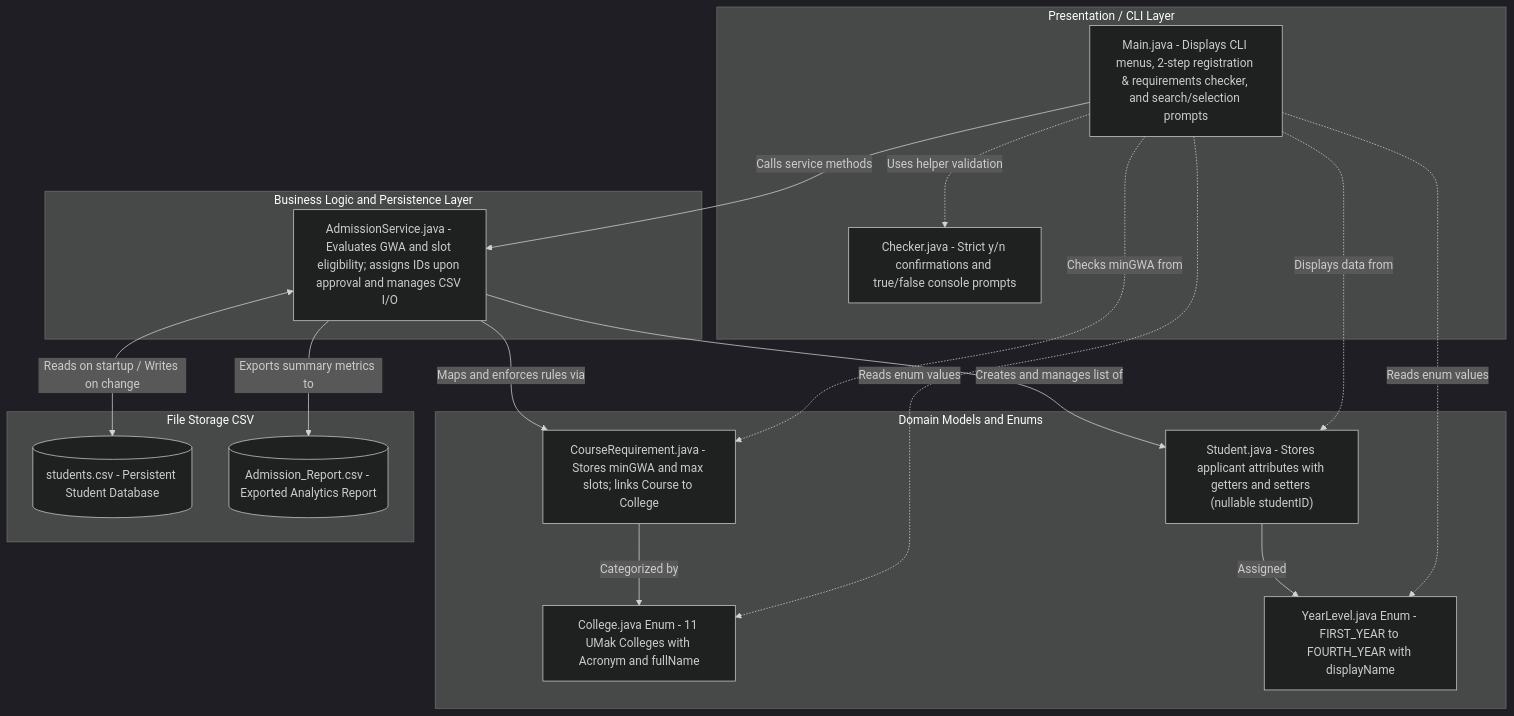
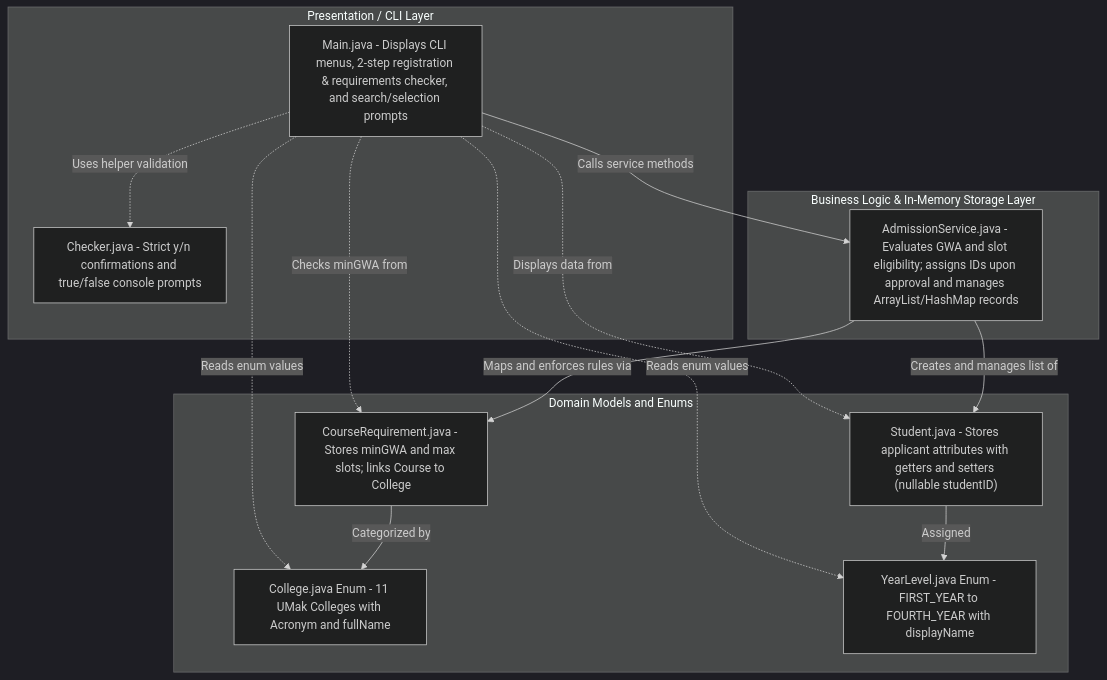
Before and after one commit to NA0r3n/SchoolAdmission-JavaBased-System: the first of 2 diagrams in System Flowcharts and Pseudocode.md, drawn with Mermaid (dark theme). The commit also changed other lines of this file and 5 other files, not shown here.

````diff
--- a/System Flowcharts and Pseudocode.md
+++ b/System Flowcharts and Pseudocode.md
@@ -7,38 +7,30 @@
 ```mermaid
 flowchart TD
     subgraph Presentation_Layer ["Presentation / CLI Layer"]
         MAIN["Main.java - Displays CLI menus, 2-step registration & requirements checker, and search/selection prompts"]
         CHECKER["Checker.java - Strict y/n confirmations and true/false console prompts"]
     end
 
-    subgraph Service_Layer ["Business Logic and Persistence Layer"]
-        SERVICE["AdmissionService.java - Evaluates GWA and slot eligibility; assigns IDs upon approval and manages CSV I/O"]
+    subgraph Service_Layer ["Business Logic & In-Memory Storage Layer"]
+        SERVICE["AdmissionService.java - Evaluates GWA and slot eligibility; assigns IDs upon approval and manages ArrayList/HashMap records"]
     end
 
     subgraph Domain_Models ["Domain Models and Enums"]
         STUDENT["Student.java - Stores applicant attributes with getters and setters (nullable studentID)"]
         COURSEREQ["CourseRequirement.java - Stores minGWA and max slots; links Course to College"]
         COLLEGE["College.java Enum - 11 UMak Colleges with Acronym and fullName"]
         YEAR["YearLevel.java Enum - FIRST_YEAR to FOURTH_YEAR with displayName"]
-    end
-
-    subgraph Storage_Layer ["File Storage CSV"]
-        CSV_DB[("students.csv - Persistent Student Database")]
-        CSV_REP[("Admission_Report.csv - Exported Analytics Report")]
     end
 
     MAIN -->|"Calls service methods"| SERVICE
     MAIN -.->|"Uses helper validation"| CHECKER
     MAIN -.->|"Reads enum values"| COLLEGE
     MAIN -.->|"Reads enum values"| YEAR
     MAIN -.->|"Displays data from"| STUDENT
     MAIN -.->|"Checks minGWA from"| COURSEREQ
 
     SERVICE -->|"Creates and manages list of"| STUDENT
     SERVICE -->|"Maps and enforces rules via"| COURSEREQ
     COURSEREQ -->|"Categorized by"| COLLEGE
     STUDENT -->|"Assigned"| YEAR
-
-    SERVICE <-->|"Reads on startup / Writes on change"| CSV_DB
-    SERVICE -->|"Exports summary metrics to"| CSV_REP
 ```
````
